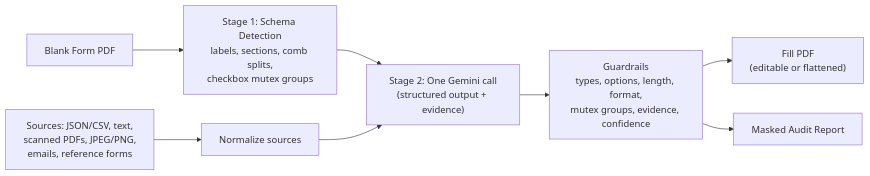
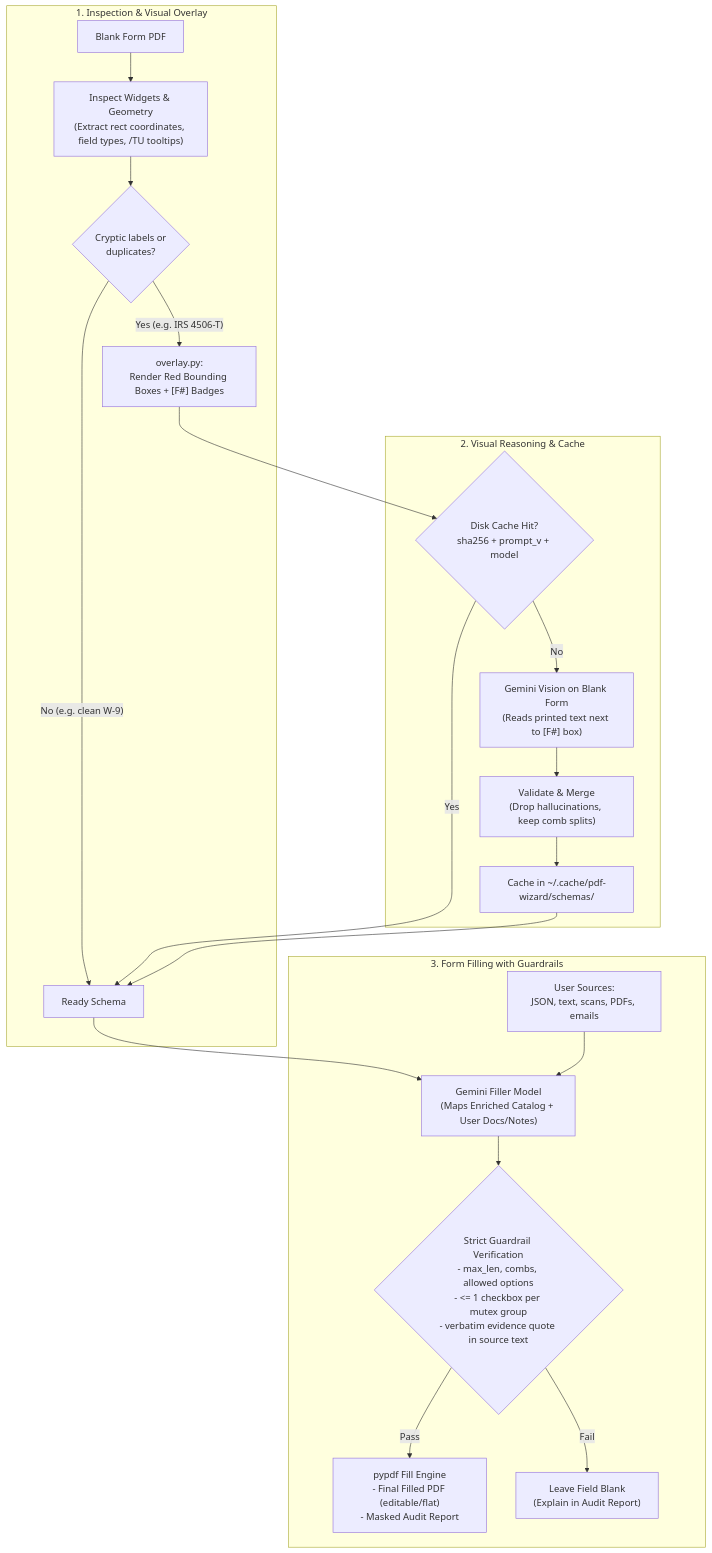
The diagram in README.md (harkanwalbedi/pdf-wizard), drawn with Mermaid before and after one commit. The commit also changed other lines of this file, not shown here.

Commit message:
docs: add visual overlay and schema caching architecture to README

````diff
--- a/README.md
+++ b/README.md
@@ -37,10 +37,26 @@
 ```mermaid
-flowchart LR
-    A["Blank Form PDF"] --> B["Stage 1: Schema Detection<br/>labels, sections, comb splits,<br/>checkbox mutex groups"]
-    S["Sources: JSON/CSV, text,<br/>scanned PDFs, JPEG/PNG,<br/>emails, reference forms"] --> C["Normalize sources"]
-    B --> D["Stage 2: One Gemini call<br/>(structured output + evidence)"]
-    C --> D
-    D --> E["Guardrails<br/>types, options, length, format,<br/>mutex groups, evidence, confidence"]
-    E --> F["Fill PDF<br/>(editable or flattened)"]
-    E --> G["Masked Audit Report"]
+flowchart TD
+    subgraph S1["1. Inspection & Visual Overlay"]
+        Blank["Blank Form PDF"] --> Inspect["Inspect Widgets & Geometry<br/>(Extract rect coordinates, field types, /TU tooltips)"]
+        Inspect --> Check{"Cryptic labels or<br/>duplicates?"}
+        Check -- "Yes (e.g. IRS 4506-T)" --> Overlay["overlay.py:<br/>Render Red Bounding Boxes + [F#] Badges"]
+        Check -- "No (e.g. clean W-9)" --> Ready["Ready Schema"]
+    end
+
+    subgraph S2["2. Visual Reasoning & Cache"]
+        Overlay --> CacheCheck{"Disk Cache Hit?<br/>sha256 + prompt_v + model"}
+        CacheCheck -- Yes --> Ready
+        CacheCheck -- No --> GeminiVision["Gemini Vision on Blank Form<br/>(Reads printed text next to [F#] box)"]
+        GeminiVision --> Merge["Validate & Merge<br/>(Drop hallucinations, keep comb splits)"]
+        Merge --> SaveCache["Cache in ~/.cache/pdf-wizard/schemas/"]
+        SaveCache --> Ready
+    end
+
+    subgraph S3["3. Form Filling with Guardrails"]
+        Ready --> Filler["Gemini Filler Model<br/>(Maps Enriched Catalog + User Docs/Notes)"]
+        UserDocs["User Sources:<br/>JSON, text, scans, PDFs, emails"] --> Filler
+        Filler --> Guardrails{"Strict Guardrail Verification<br/>- max_len, combs, allowed options<br/>- <= 1 checkbox per mutex group<br/>- verbatim evidence quote in source text"}
+        Guardrails -- "Pass" --> Write["pypdf Fill Engine<br/>- Final Filled PDF (editable/flat)<br/>- Masked Audit Report"]
+        Guardrails -- "Fail" --> LeaveBlank["Leave Field Blank<br/>(Explain in Audit Report)"]
+    end
 ```
````
